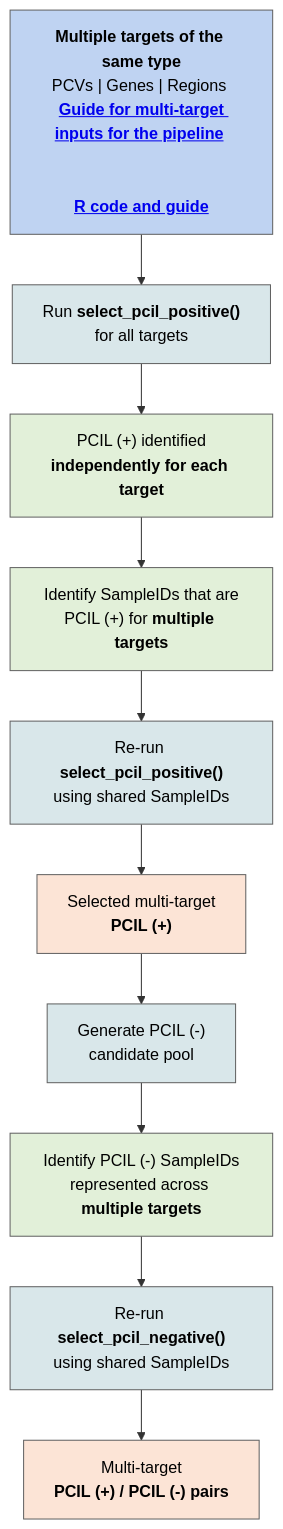
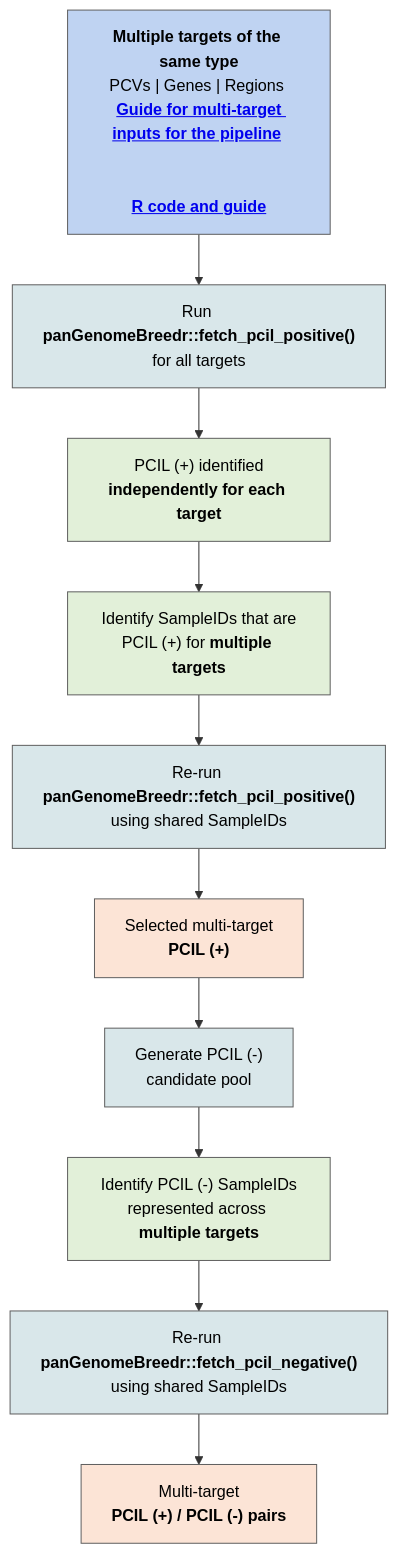
Before and after one commit to claracruet/PCIL_selection_pipeline: the third of 4 diagrams in README.md, drawn with Mermaid. The commit also changed other lines of this file, not shown here.

````diff
--- a/README.md
+++ b/README.md
@@ -190,34 +190,34 @@
 ```mermaid
 flowchart TD
 
 TARGETS["<b>Multiple targets of the same type</b><br/>PCVs | Genes | Regions <br/> <a href='https://github.com/claracruet/PCIL_selection_pipeline/blob/main/Multi_target_inputs_Readme.md'><b>Guide for multi-target inputs for the pipeline</b></a> <br/><br/><br/><a href='https://github.com/claracruet/PCIL_selection_pipeline/blob/main/Multi_target_PCIL_gene_example.md'><b>R code and guide</b></a>"]
 
-TARGETS --> POS["Run <b>select_pcil_positive()</b><br/>for all targets"]
+TARGETS --> POS["Run <b>panGenomeBreedr::fetch_pcil_positive()</b><br/>for all targets"]
 
 POS --> INDEP["PCIL (+) identified<br/><b>independently for each target</b>"]
 
 INDEP --> SHARED["Identify SampleIDs that are<br/>PCIL (+) for <b>multiple targets</b>"]
 
-SHARED --> POS2["Re-run <b>select_pcil_positive()</b><br/>using shared SampleIDs"]
+SHARED --> POS2["Re-run <b>panGenomeBreedr::fetch_pcil_positive()</b><br/>using shared SampleIDs"]
 
 POS2 --> BEST["Selected multi-target<br/><b>PCIL (+)</b>"]
 
 BEST --> NEG["Generate PCIL (-)<br/>candidate pool"]
 
 NEG --> SHAREDNEG["Identify PCIL (-) SampleIDs<br/>represented across <b>multiple targets</b>"]
 
-SHAREDNEG --> NEG2["Re-run <b>select_pcil_negative()</b><br/>using shared SampleIDs"]
+SHAREDNEG --> NEG2["Re-run <b>panGenomeBreedr::fetch_pcil_negative()</b><br/>using shared SampleIDs"]
 
 NEG2 --> PAIRS["Multi-target<br/><b>PCIL (+) / PCIL (-) pairs</b>"]
 
 
 classDef target fill:#BFD3F2,stroke:#606060,stroke-width:1px,color:#000;
 classDef step fill:#E2F0D9,stroke:#606060,stroke-width:1px,color:#000;
 classDef function fill:#D9E7EA,stroke:#606060,stroke-width:1px,color:#000;
 classDef output fill:#FCE4D6,stroke:#606060,stroke-width:1px,color:#000;
 
 class TARGETS target;
 class INDEP,SHARED,SHAREDNEG step;
 class POS,POS2,NEG,NEG2 function;
 class BEST,PAIRS output;
 ```
````
